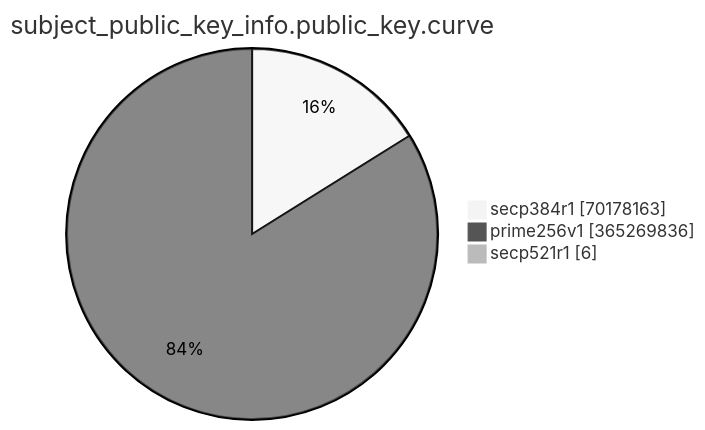
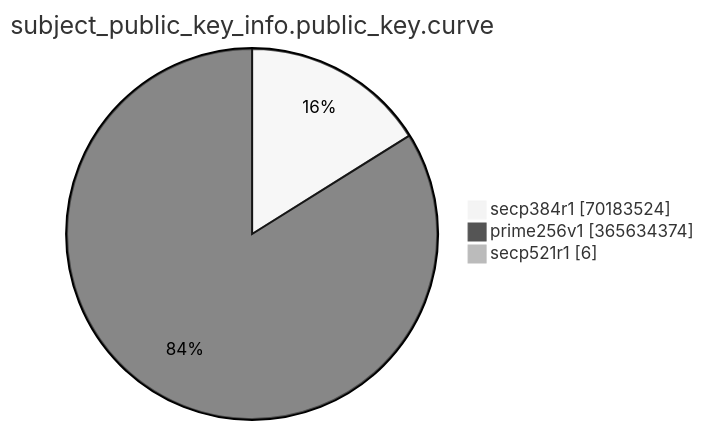
Before and after one commit to christiankrug/ctmonitor_visualization: the eighth of 15 diagrams in TOTAL/README.md, drawn with Mermaid (neutral theme). The commit also changed other lines of this file, not shown here.

````diff
--- a/TOTAL/README.md
+++ b/TOTAL/README.md
@@ -3093,7 +3093,7 @@
 ```mermaid
 pie showData
 title subject_public_key_info.public_key.curve
-"secp384r1" :70178163
-"prime256v1" :365269836
+"secp384r1" :70183524
+"prime256v1" :365634374
 "secp521r1" :6
 ```
````
